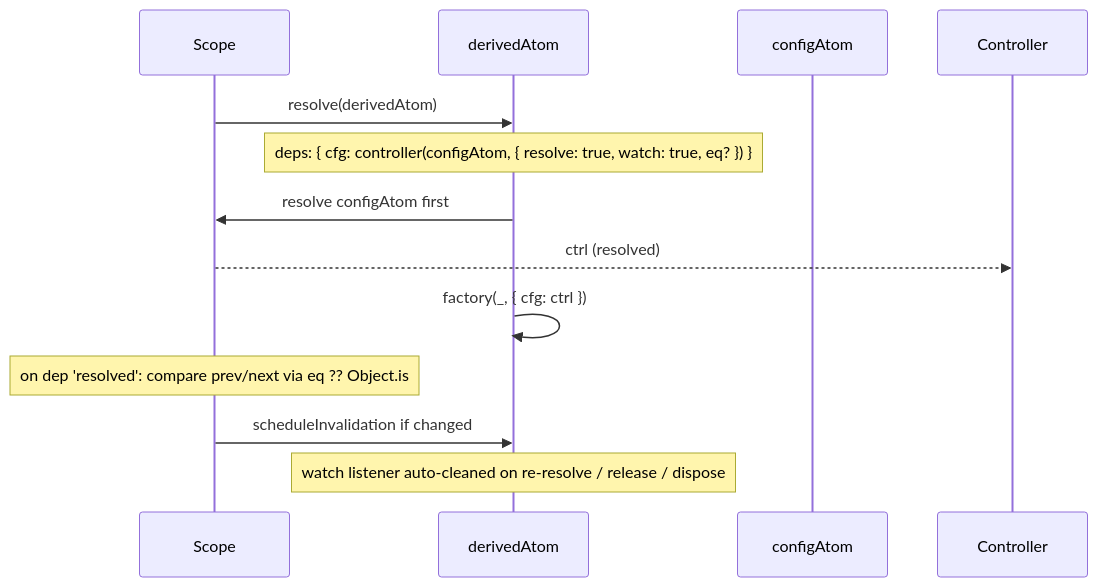
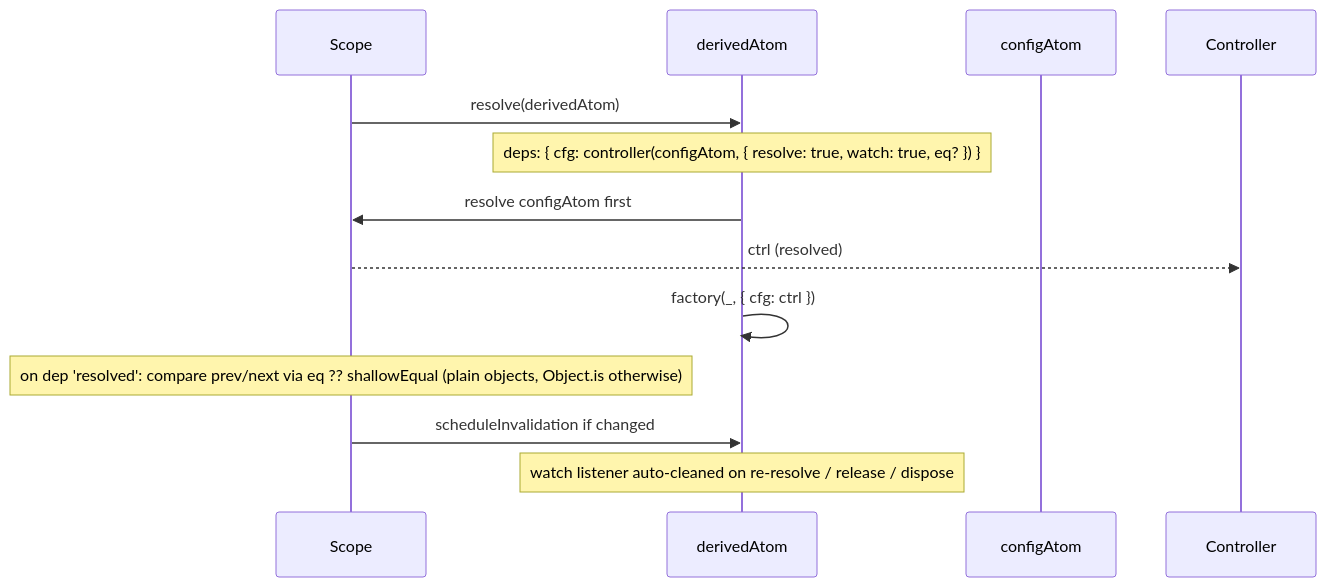
Before and after one commit to pumped-fn/pumped-fn: the ninth of 11 diagrams in packages/lite/PATTERNS.md, drawn with Mermaid. The commit also changed 4 other files, not shown here.

Commit message:
fix(lite): restrict watch equality to plain objects

````diff
--- a/packages/lite/PATTERNS.md
+++ b/packages/lite/PATTERNS.md
@@ -223,16 +223,16 @@
 ```mermaid
 sequenceDiagram
     participant Scope
     participant Parent as derivedAtom
     participant Dep as configAtom
     participant Ctrl as Controller
 
     Scope->>Parent: resolve(derivedAtom)
     Note over Parent: deps: { cfg: controller(configAtom, { resolve: true, watch: true, eq? }) }
     Parent->>Scope: resolve configAtom first
     Scope-->>Ctrl: ctrl (resolved)
     Parent->>Parent: factory(_, { cfg: ctrl })
-    Note over Scope: on dep 'resolved': compare prev/next via eq ?? Object.is
+    Note over Scope: on dep 'resolved': compare prev/next via eq ?? shallowEqual (plain objects, Object.is otherwise)
     Scope->>Parent: scheduleInvalidation if changed
     Note over Parent: watch listener auto-cleaned on re-resolve / release / dispose
 ```
````
